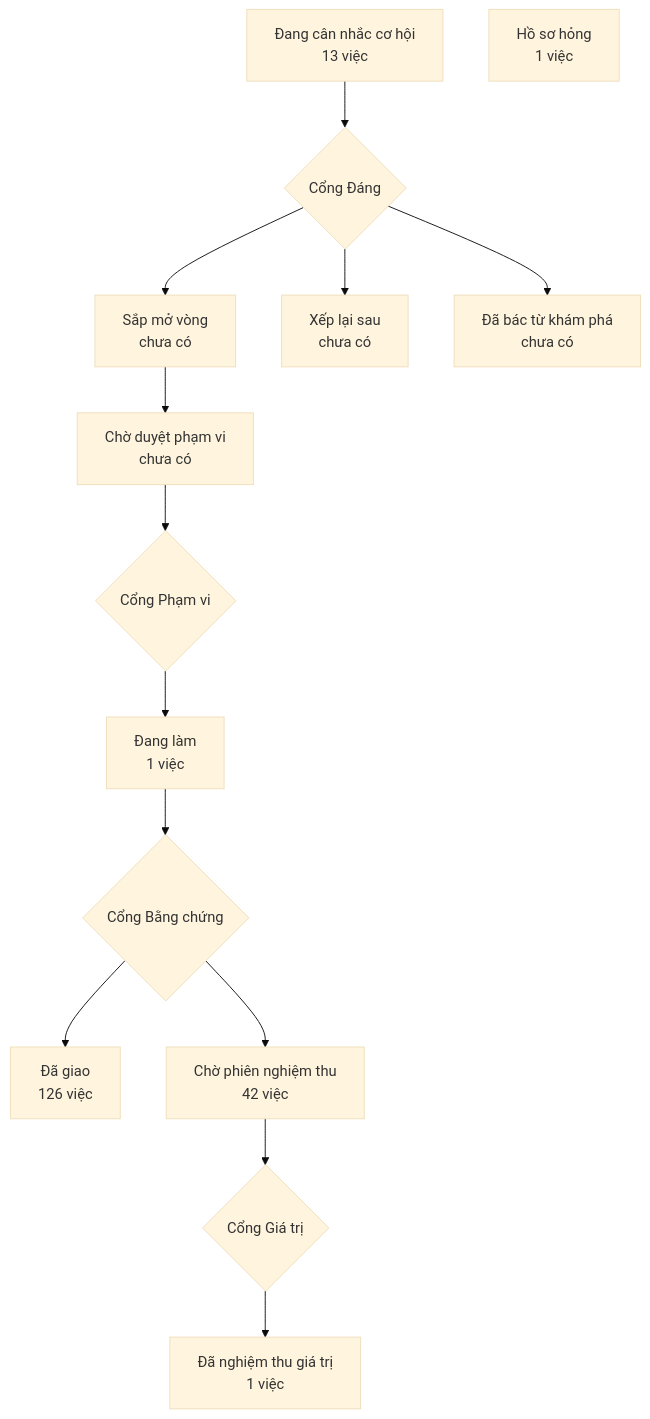
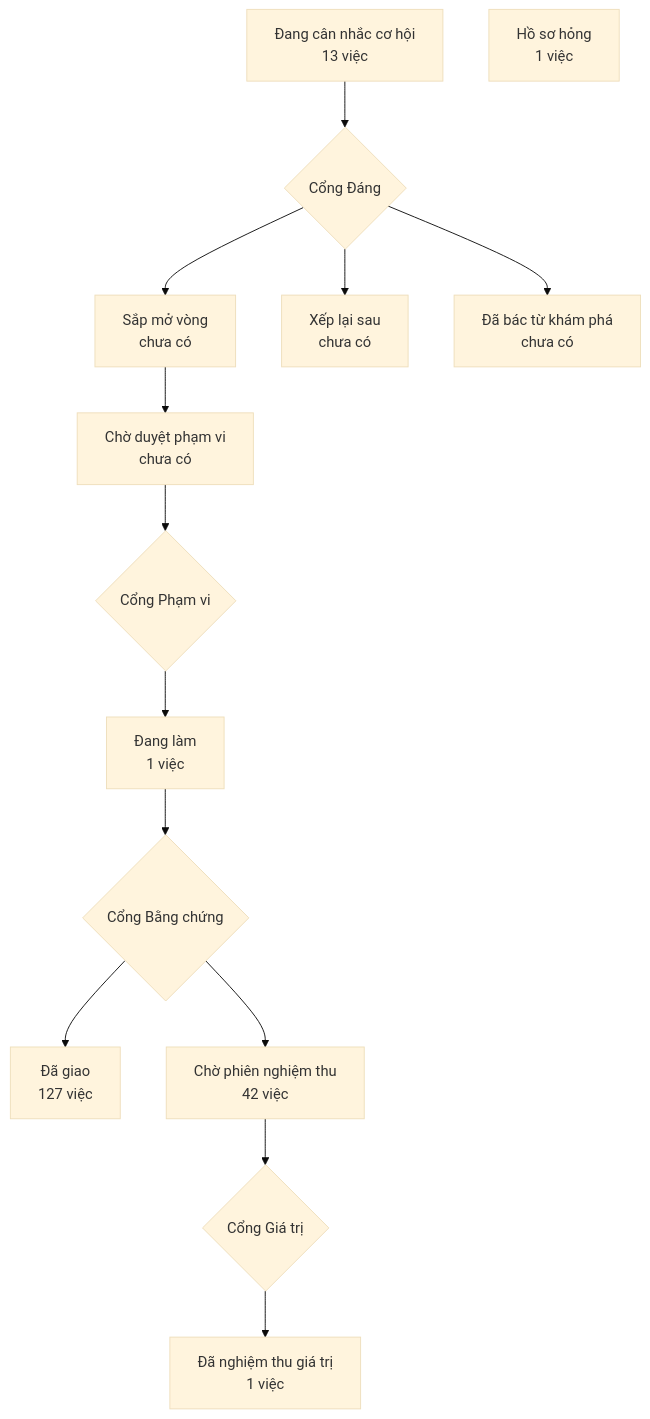
One commit to phanlemanh/crm-onehub changed the diagram in PRODUCT-MAP.md. Above: the diagram before and after it, drawn with Mermaid (base theme). The commit also changed other lines of this file and 5 other files, not shown here.

````diff
--- a/PRODUCT-MAP.md
+++ b/PRODUCT-MAP.md
@@ -7,13 +7,13 @@
 ```mermaid
 flowchart TD
   A["Đang cân nhắc cơ hội<br/>13 việc"] --> GD{"Cổng Đáng"}
   GD --> B["Sắp mở vòng<br/>chưa có"]
   GD --> XL["Xếp lại sau<br/>chưa có"]
   GD --> DB["Đã bác từ khám phá<br/>chưa có"]
   B --> CD["Chờ duyệt phạm vi<br/>chưa có"] --> GP{"Cổng Phạm vi"}
   GP --> DL["Đang làm<br/>1 việc"] --> GB{"Cổng Bằng chứng"}
-  GB --> DG["Đã giao<br/>126 việc"]
+  GB --> DG["Đã giao<br/>127 việc"]
   GB --> CN["Chờ phiên nghiệm thu<br/>42 việc"] --> GG{"Cổng Giá trị"}
   GG --> NT["Đã nghiệm thu giá trị<br/>1 việc"]
   HS["Hồ sơ hỏng<br/>1 việc"]
 ```
````
